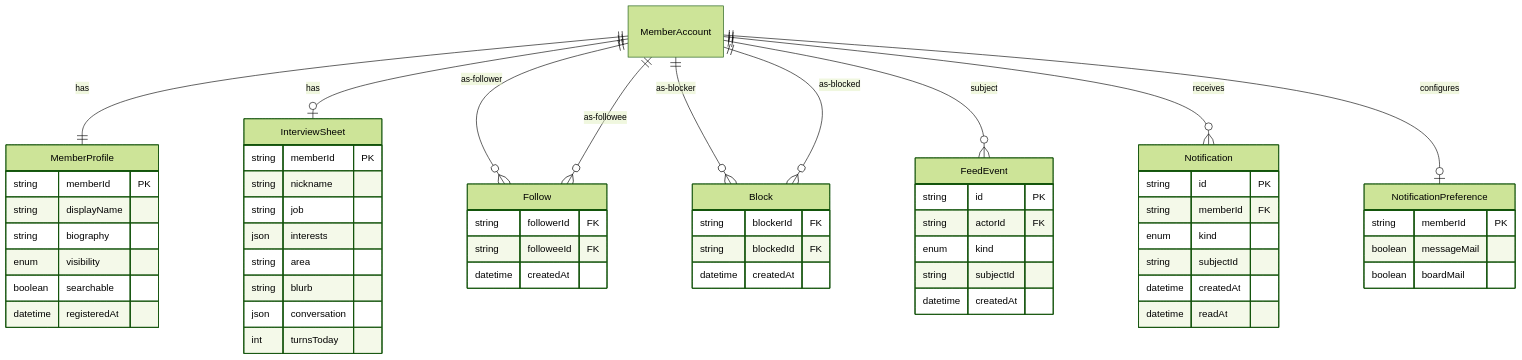
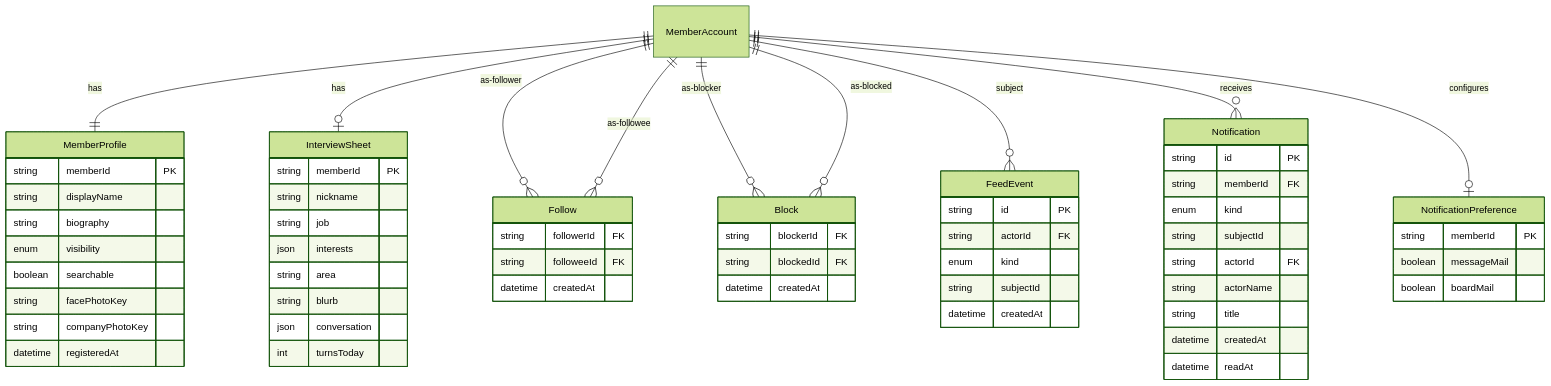
One commit to masseater/typescript-template changed the diagram in apps/internal-dashboard/content/docs/data-model/member-graph.md. Above: the diagram before and after it, drawn with Mermaid (forest theme). The commit also changed other lines of this file and 479 other files, not shown here.

````diff
--- a/apps/internal-dashboard/content/docs/data-model/member-graph.md
+++ b/apps/internal-dashboard/content/docs/data-model/member-graph.md
@@ -10,60 +10,65 @@
 ```mermaid
 erDiagram
   MemberAccount ||--|| MemberProfile : has
   MemberAccount ||--o| InterviewSheet : has
   MemberAccount ||--o{ Follow : as-follower
   MemberAccount ||--o{ Follow : as-followee
   MemberAccount ||--o{ Block : as-blocker
   MemberAccount ||--o{ Block : as-blocked
   MemberAccount ||--o{ FeedEvent : subject
   MemberAccount ||--o{ Notification : receives
   MemberAccount ||--o| NotificationPreference : configures
   MemberProfile {
     string memberId PK
     string displayName
     string biography
     enum visibility
     boolean searchable
+    string facePhotoKey
+    string companyPhotoKey
     datetime registeredAt
   }
   InterviewSheet {
     string memberId PK
     string nickname
     string job
     json interests
     string area
     string blurb
     json conversation
     int turnsToday
   }
   Follow {
     string followerId FK
     string followeeId FK
     datetime createdAt
   }
   Block {
     string blockerId FK
     string blockedId FK
     datetime createdAt
   }
   FeedEvent {
     string id PK
     string actorId FK
     enum kind
     string subjectId
     datetime createdAt
   }
   Notification {
     string id PK
     string memberId FK
     enum kind
     string subjectId
+    string actorId FK
+    string actorName
+    string title
     datetime createdAt
     datetime readAt
   }
   NotificationPreference {
     string memberId PK
     boolean messageMail
     boolean boardMail
   }
 ```
````
